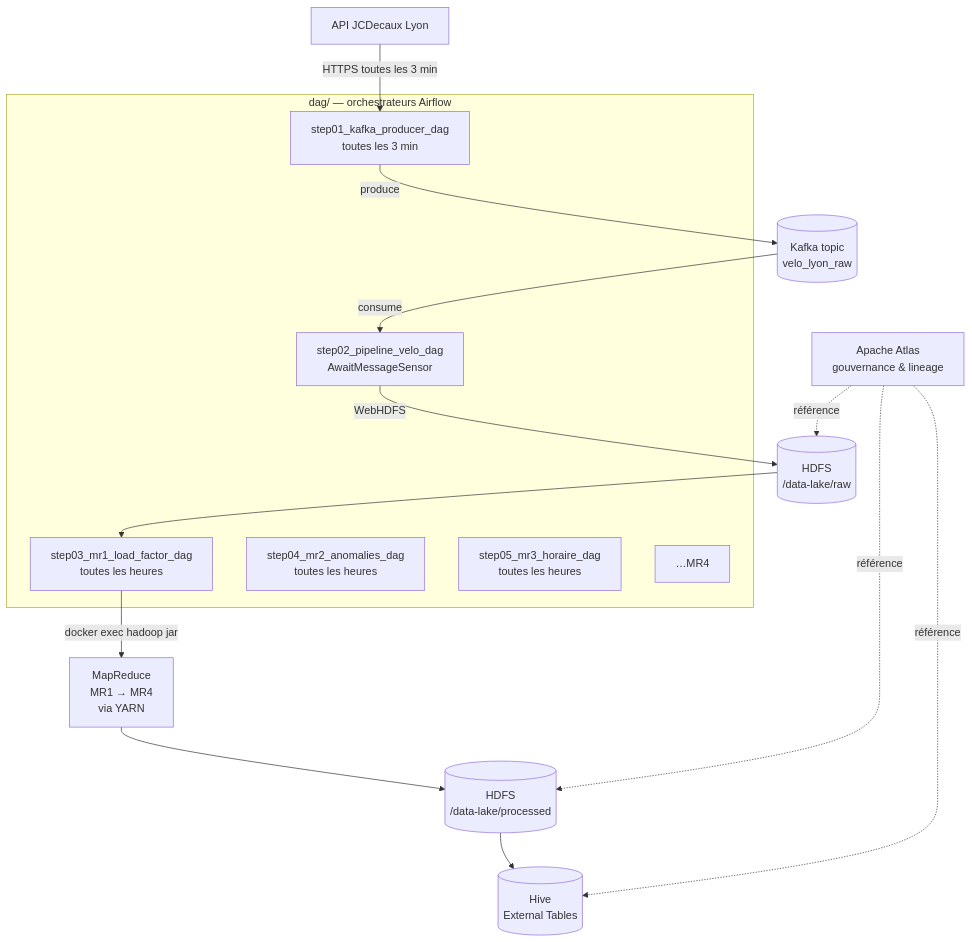
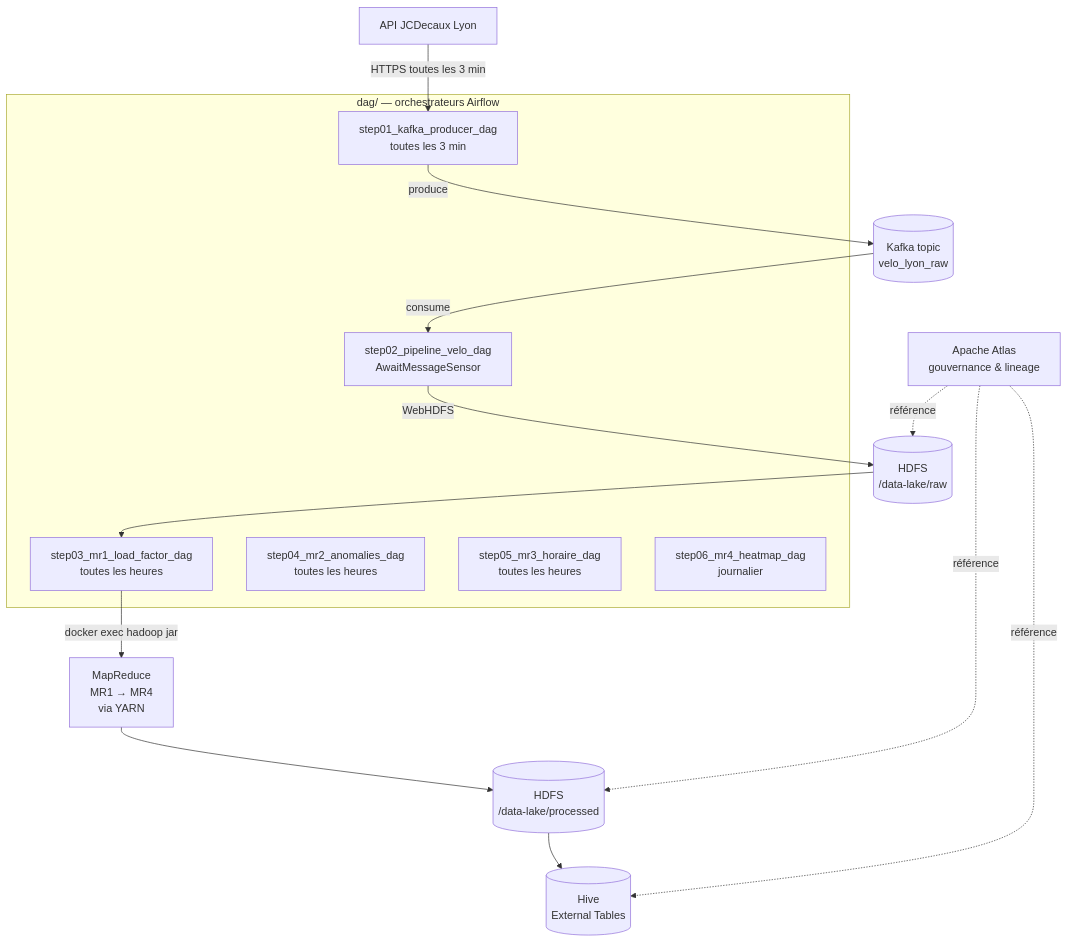
Before and after one commit to alexishs/velos_lyon: the diagram in README.md, drawn with Mermaid. The commit also changed other lines of this file and 3 other files, not shown here.

````diff
--- a/README.md
+++ b/README.md
@@ -20,32 +20,32 @@
 ```mermaid
 flowchart TD
     API[API JCDecaux Lyon]
     KAFKA[(Kafka topic<br/>velo_lyon_raw)]
     RAW[(HDFS<br/>/data-lake/raw)]
     MR[MapReduce<br/>MR1 → MR4<br/>via YARN]
     PROC[(HDFS<br/>/data-lake/processed)]
     HIVE[(Hive<br/>External Tables)]
     ATLAS[Apache Atlas<br/>gouvernance & lineage]
 
     subgraph dags["dag/ — orchestrateurs Airflow"]
         D1[step01_kafka_producer_dag<br/>toutes les 3 min]
         D2[step02_pipeline_velo_dag<br/>AwaitMessageSensor]
         D3[step03_mr1_load_factor_dag<br/>toutes les heures]
         D4[step04_mr2_anomalies_dag<br/>toutes les heures]
         D5[step05_mr3_horaire_dag<br/>toutes les heures]
-        D6[…MR4]
+        D6[step06_mr4_heatmap_dag<br/>journalier]
     end
 
     API -->|HTTPS toutes les 3 min| D1
     D1 -->|produce| KAFKA
     KAFKA -->|consume| D2
     D2 -->|WebHDFS| RAW
     RAW --> D3
     D3 -->|docker exec hadoop jar| MR
     MR --> PROC
     PROC --> HIVE
 
     ATLAS -.référence.-> RAW
     ATLAS -.référence.-> PROC
     ATLAS -.référence.-> HIVE
 ```
````
